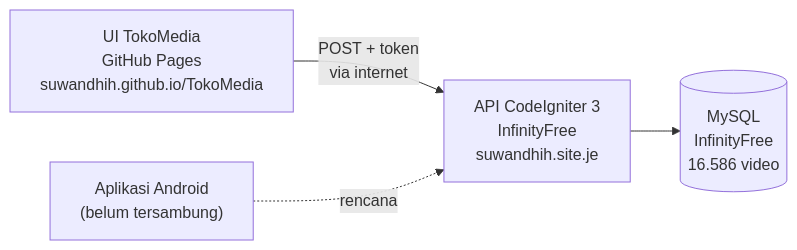
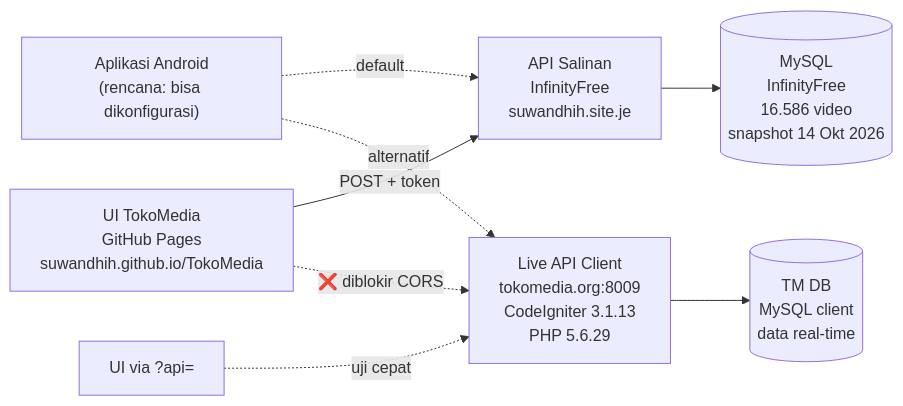
The first of 2 diagrams in rencanakerja.md (suwandhih/TokoMedia), drawn with Mermaid before and after one commit. The commit also changed other lines of this file, not shown here.

First line of the commit message:
docs(rencanakerja): catat temuan Live API client di tokomedia.org:8009

````diff
--- a/rencanakerja.md
+++ b/rencanakerja.md
@@ -64,6 +67,11 @@
 ```mermaid
 flowchart LR
-    A["UI TokoMedia<br/>GitHub Pages<br/>suwandhih.github.io/TokoMedia"] -->|"POST + token<br/>via internet"| B["API CodeIgniter 3<br/>InfinityFree<br/>suwandhih.site.je"]
-    B --> C[("MySQL<br/>InfinityFree<br/>16.586 video")]
-    D["Aplikasi Android<br/>(belum tersambung)"] -.->|"rencana"| B
+    A["UI TokoMedia<br/>GitHub Pages<br/>suwandhih.github.io/TokoMedia"] -->|"POST + token"| B["API Salinan<br/>InfinityFree<br/>suwandhih.site.je"]
+    B --> C[("MySQL<br/>InfinityFree<br/>16.586 video<br/>snapshot 14 Okt 2026")]
+    D["Aplikasi Android<br/>(rencana: bisa dikonfigurasi)"] -.->|"default"| B
+    D -.->|"alternatif"| E
+    F["UI via ?api="] -.->|"uji cepat"| E
+    E["Live API Client<br/>tokomedia.org:8009<br/>CodeIgniter 3.1.13<br/>PHP 5.6.29"]
+    E --> G[("TM DB<br/>MySQL client<br/>data real-time")]
+    A -.->|"❌ diblokir CORS"| E
 ```
````
